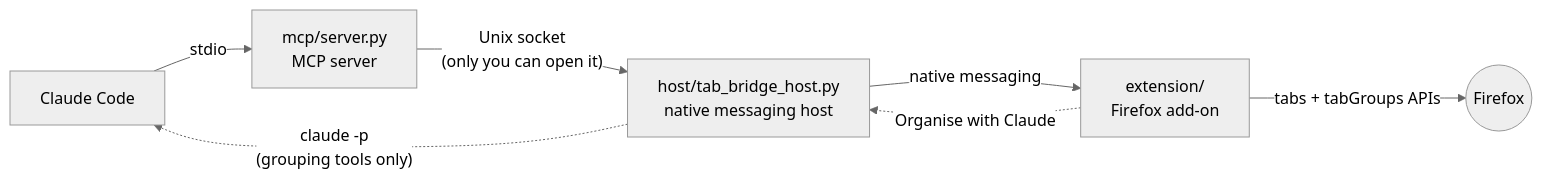
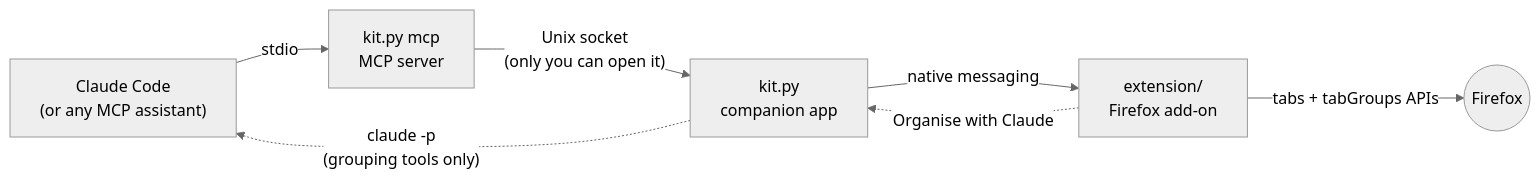
The diagram in README.md (samsamthecodingman/kit-tab-manager), drawn with Mermaid (neutral theme) before and after one commit. The commit also changed other lines of this file and 16 other files, not shown here.

First line of the commit message:
One-file companion app, one-command setup, setup help in the extension

````diff
--- a/README.md
+++ b/README.md
@@ -68,9 +68,9 @@
 ```mermaid
 flowchart LR
-    CC["Claude Code"] -- stdio --> MCP["mcp/server.py<br/>MCP server"]
-    MCP -- "Unix socket<br/>(only you can open it)" --> HOST["host/tab_bridge_host.py<br/>native messaging host"]
+    CC["Claude Code<br/>(or any MCP assistant)"] -- stdio --> MCP["kit.py mcp<br/>MCP server"]
+    MCP -- "Unix socket<br/>(only you can open it)" --> HOST["kit.py<br/>companion app"]
     HOST -- "native messaging" --> EXT["extension/<br/>Firefox add-on"]
     EXT -- "tabs + tabGroups APIs" --> FF(("Firefox"))
     EXT -. "Organise with Claude" .-> HOST
     HOST -. "claude -p<br/>(grouping tools only)" .-> CC
 ```
````
